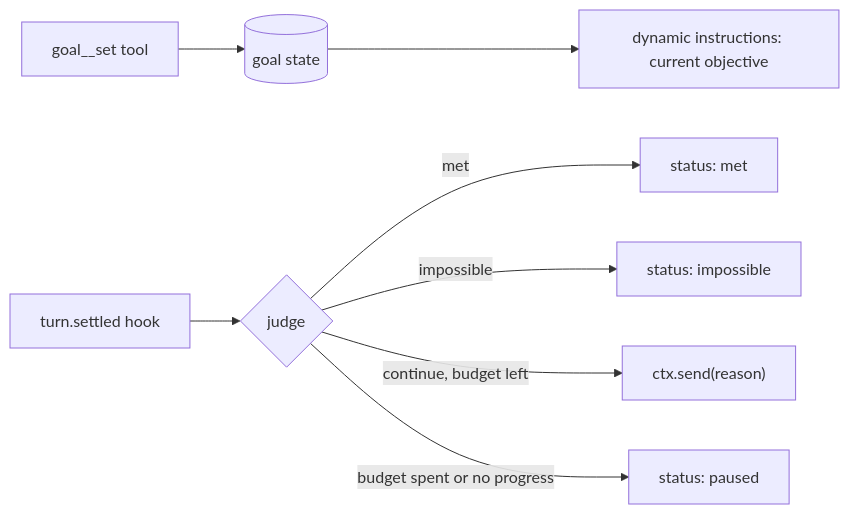
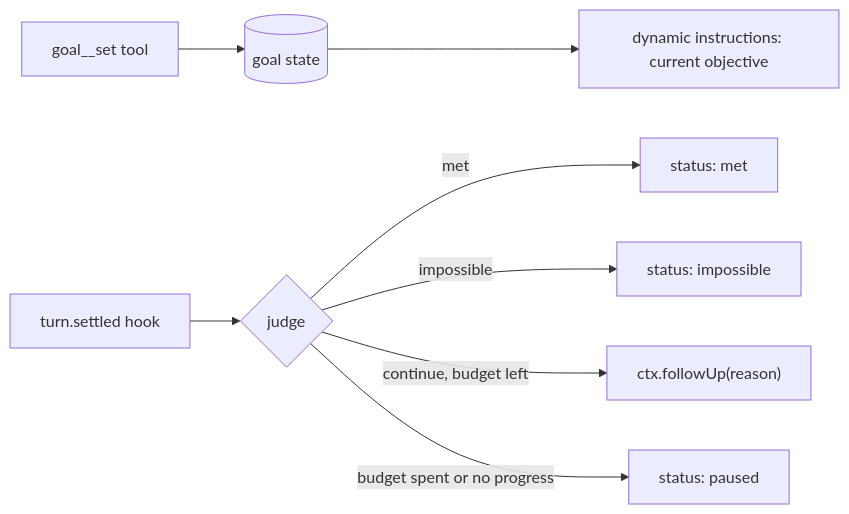
Before and after one commit to vercel/eve: the diagram in research/session-goals.md, drawn with Mermaid. The commit also changed other lines of this file, not shown here.

Commit message:
docs(research): name the hook primitive ctx.followUp

````diff
--- a/research/session-goals.md
+++ b/research/session-goals.md
@@ -103,10 +109,10 @@
 ```mermaid
 flowchart LR
   Set["goal__set tool"] --> State[("goal state")]
   State --> Instr["dynamic instructions: current objective"]
   Turn["turn.settled hook"] --> Judge{"judge"}
   Judge -->|met| Done["status: met"]
   Judge -->|impossible| Failed["status: impossible"]
-  Judge -->|continue, budget left| Cont["ctx.send(reason)"]
+  Judge -->|continue, budget left| Cont["ctx.followUp(reason)"]
   Judge -->|budget spent or no progress| Paused["status: paused"]
 ```
````
